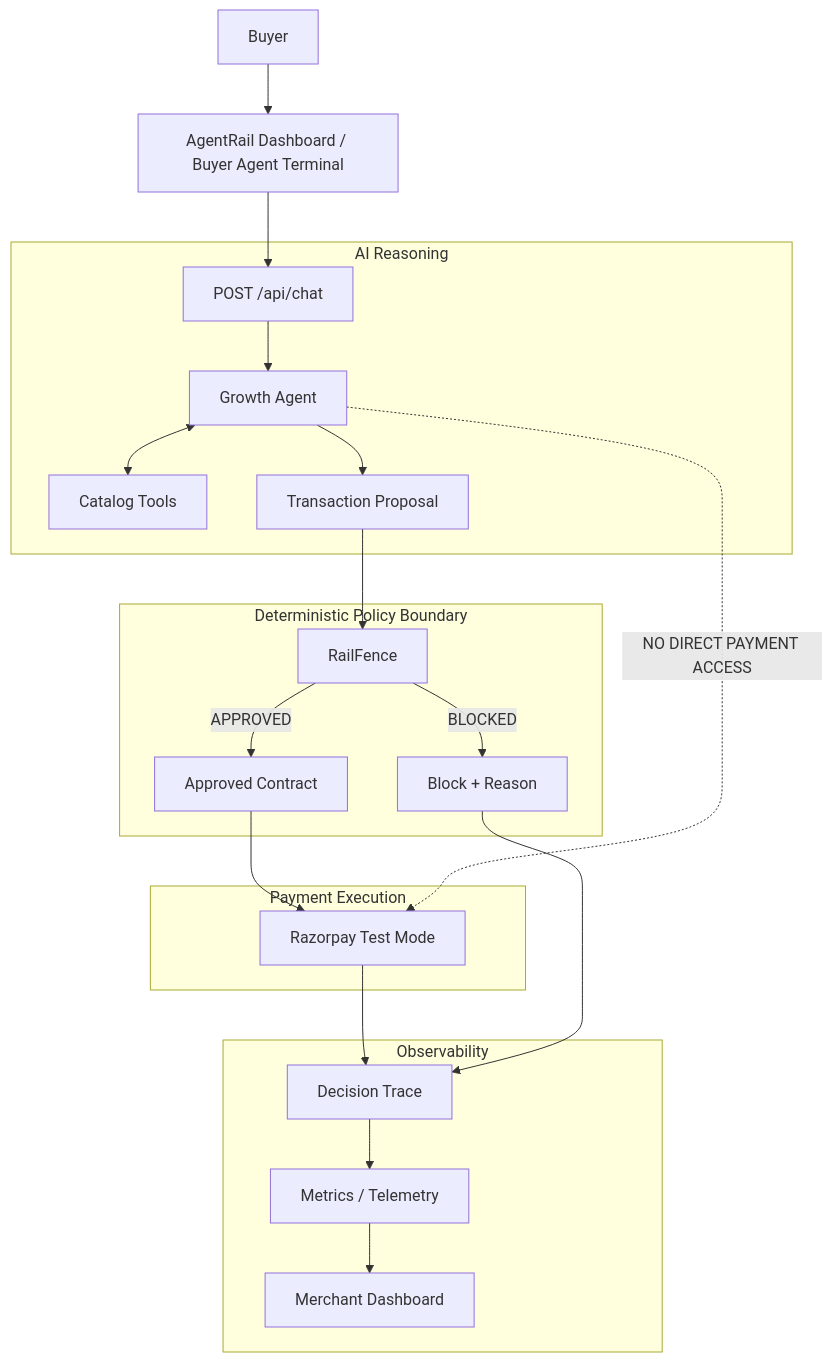
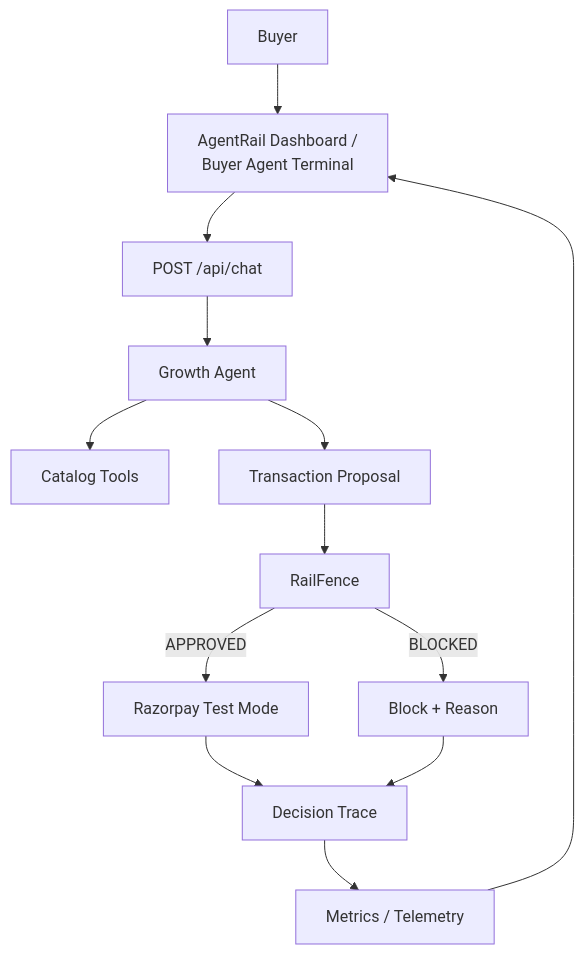
Before and after one commit to sejal0324/Agentrail: the diagram in README.md, drawn with Mermaid.

Commit message:
docs: simplify architecture diagram

````diff
--- a/README.md
+++ b/README.md
@@ -25,30 +25,21 @@
 ```mermaid
 flowchart TD
-    B[Buyer] --> Dash[AgentRail Dashboard / Buyer Agent Terminal]
-    Dash --> API[POST /api/chat]
+    B[Buyer] --> UI[AgentRail Dashboard /<br/>Buyer Agent Terminal]
+    UI --> API[POST /api/chat]
+    API --> GA[Growth Agent]
 
-    subgraph AI [AI Reasoning]
-        API --> GA[Growth Agent]
-        GA <--> CT[Catalog Tools]
-        GA --> TP[Transaction Proposal]
-    end
+    GA --> CT[Catalog Tools]
+    GA --> TP[Transaction Proposal]
 
-    subgraph Boundary [Deterministic Policy Boundary]
-        TP --> RF[RailFence]
-        RF -->|APPROVED| AC[Approved Contract]
-        RF -->|BLOCKED| BL[Block + Reason]
-    end
+    TP --> RF[RailFence]
 
-    subgraph Execution [Payment Execution]
-        AC --> RP[Razorpay Test Mode]
-    end
+    RF -->|APPROVED| RP[Razorpay Test Mode]
+    RF -->|BLOCKED| BL[Block + Reason]
 
-    subgraph Observability [Observability]
-        RP --> TR[Decision Trace]
-        BL --> TR
-        TR --> TM[Metrics / Telemetry]
-        TM --> MD[Merchant Dashboard]
-    end
+    RP --> TR[Decision Trace]
+    BL --> TR
 
-    GA -.->|NO DIRECT PAYMENT ACCESS| RP
+    TR --> TM[Metrics / Telemetry]
+
+    TM --> UI
 ```
````
